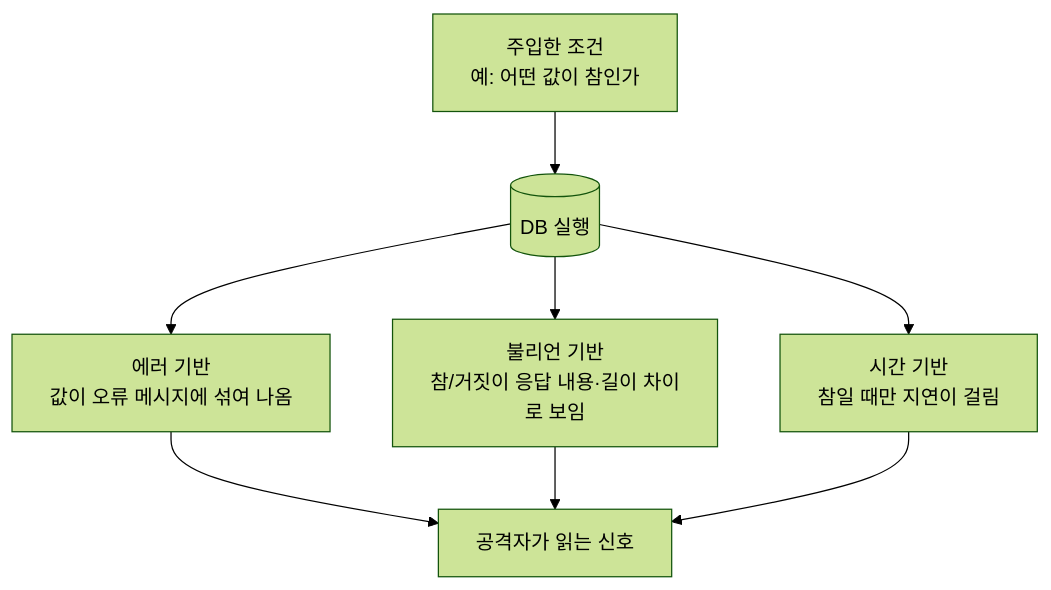
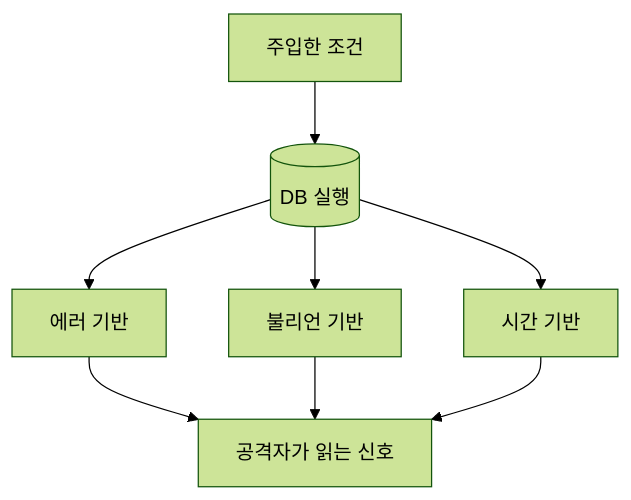
The diagram in _notes/sqli-data-extraction-techniques.md (logiciris/logiciris.github.io), drawn with Mermaid (forest theme) before and after one commit. The commit also changed other lines of this file and 28 other files, not shown here.

Commit message:
Notes batches 1-2: qa fixes (accuracy, links, mermaid labels)

````diff
--- a/_notes/sqli-data-extraction-techniques.md
+++ b/_notes/sqli-data-extraction-techniques.md
@@ -22,10 +22,10 @@
 ```mermaid
 flowchart TD
-    Q["주입한 조건<br/>예: 어떤 값이 참인가"] --> DB[("DB 실행")]
-    DB --> E["에러 기반<br/>값이 오류 메시지에 섞여 나옴"]
-    DB --> B["불리언 기반<br/>참/거짓이 응답 내용·길이 차이로 보임"]
-    DB --> T["시간 기반<br/>참일 때만 지연이 걸림"]
+    Q["주입한 조건"] --> DB[("DB 실행")]
+    DB --> E["에러 기반"]
+    DB --> B["불리언 기반"]
+    DB --> T["시간 기반"]
     E --> C["공격자가 읽는 신호"]
     B --> C
     T --> C
 ```
````
